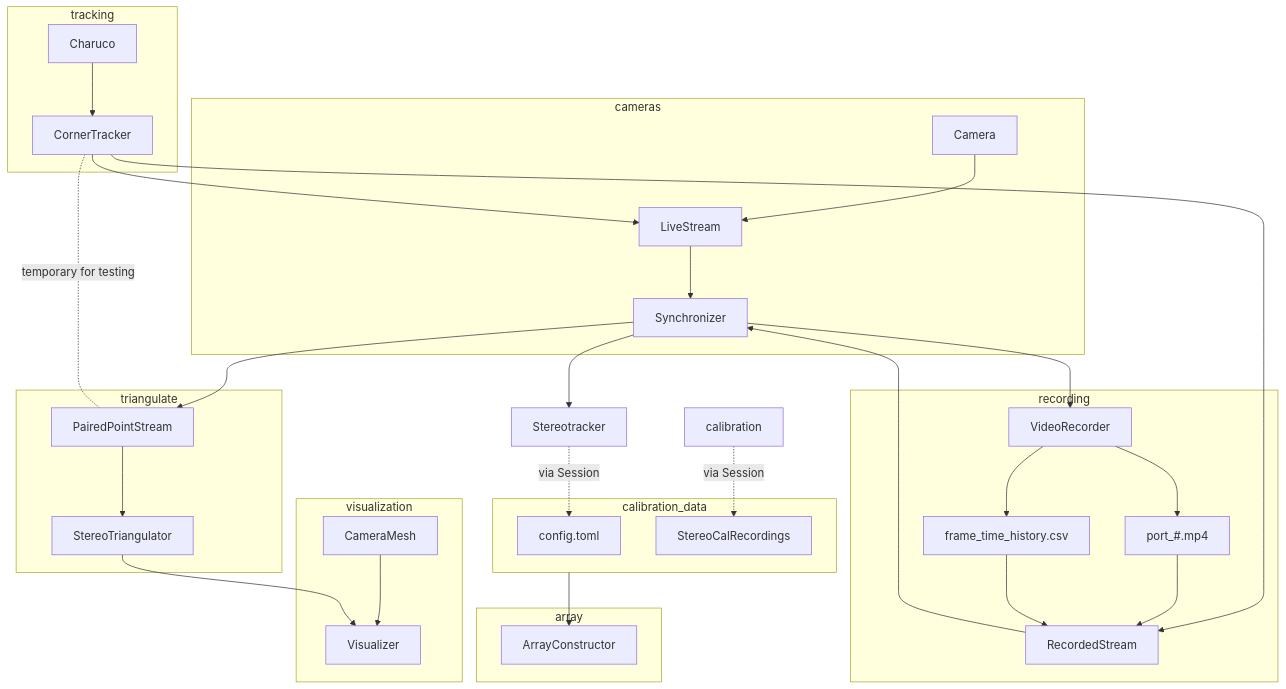
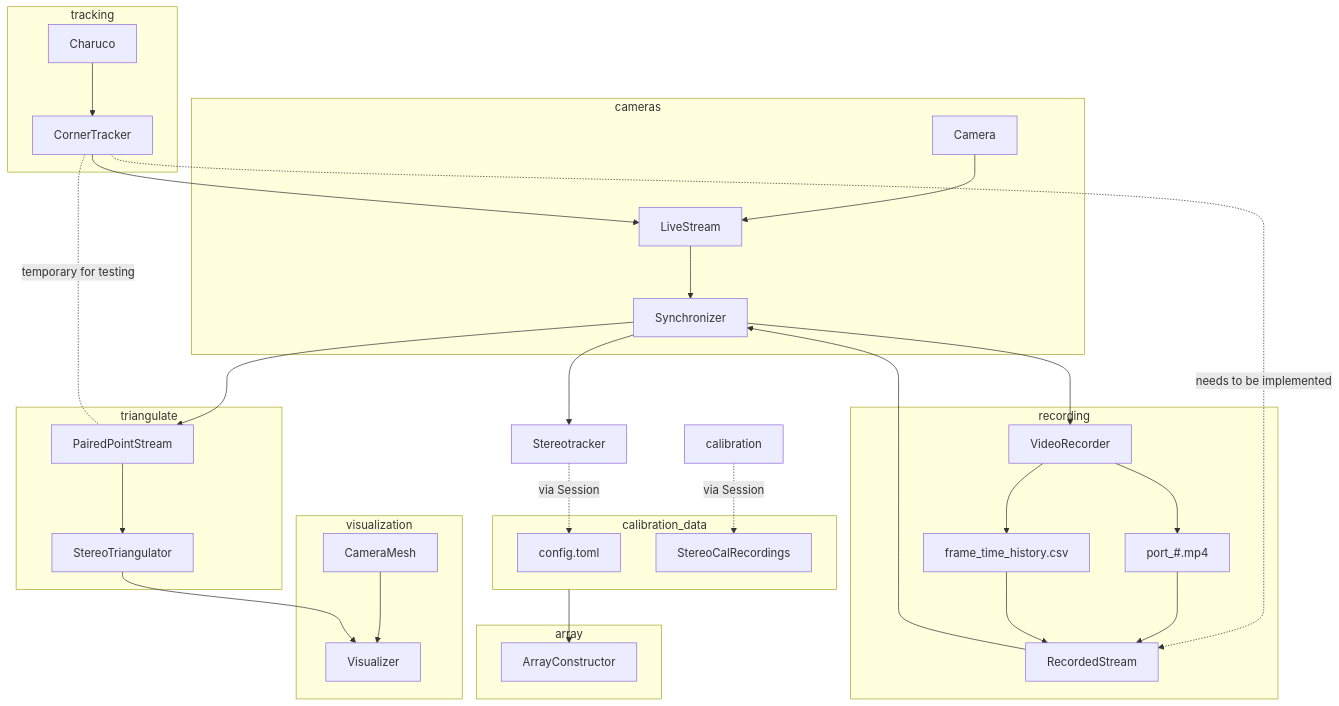
The diagram in README.md (mprib/caliscope), drawn with Mermaid before and after one commit.

Commit message:
note future direction

````diff
--- a/README.md
+++ b/README.md
@@ -13,53 +13,53 @@
 ```mermaid
 graph TD
 
 subgraph cameras
 Camera --> LiveStream
 LiveStream --> Synchronizer
 end
 
 subgraph tracking
 Charuco --> CornerTracker
 CornerTracker --> LiveStream
 
 end
-CornerTracker --> RecordedStream
+CornerTracker -.needs to be implemented.-> RecordedStream
 
 Synchronizer --> Stereotracker
 subgraph calibration_data
 config.toml
 StereoCalRecordings
 end
 
 Stereotracker -.via Session.-> config.toml
 calibration -.via Session.-> StereoCalRecordings
 calibration_data --> ArrayConstructor
 
 subgraph array
 ArrayConstructor
 end
 
 Synchronizer --> PairedPointStream 
 
 subgraph recording
 Synchronizer --> VideoRecorder
 VideoRecorder --> port_#.mp4
 VideoRecorder --> frame_time_history.csv
 
 port_#.mp4 --> RecordedStream
 frame_time_history.csv --> RecordedStream
 RecordedStream --> Synchronizer
 end
 
 CornerTracker -.temporary for testing.- PairedPointStream
 
 subgraph triangulate
 PairedPointStream --> StereoTriangulator
 end
 
 subgraph visualization
 CameraMesh --> Visualizer
 StereoTriangulator --> Visualizer
 end
 
 ```
````
